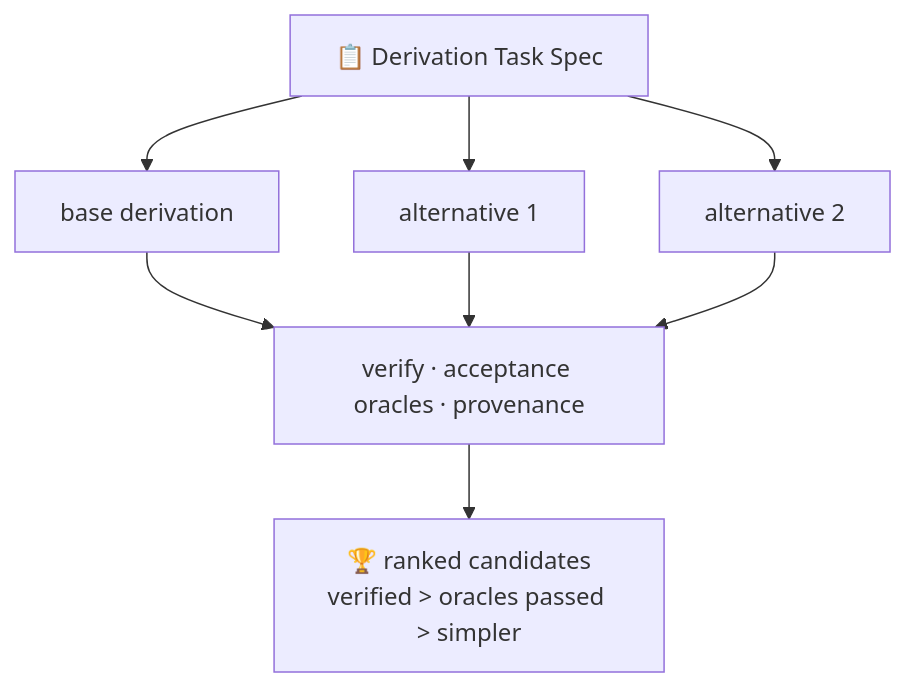
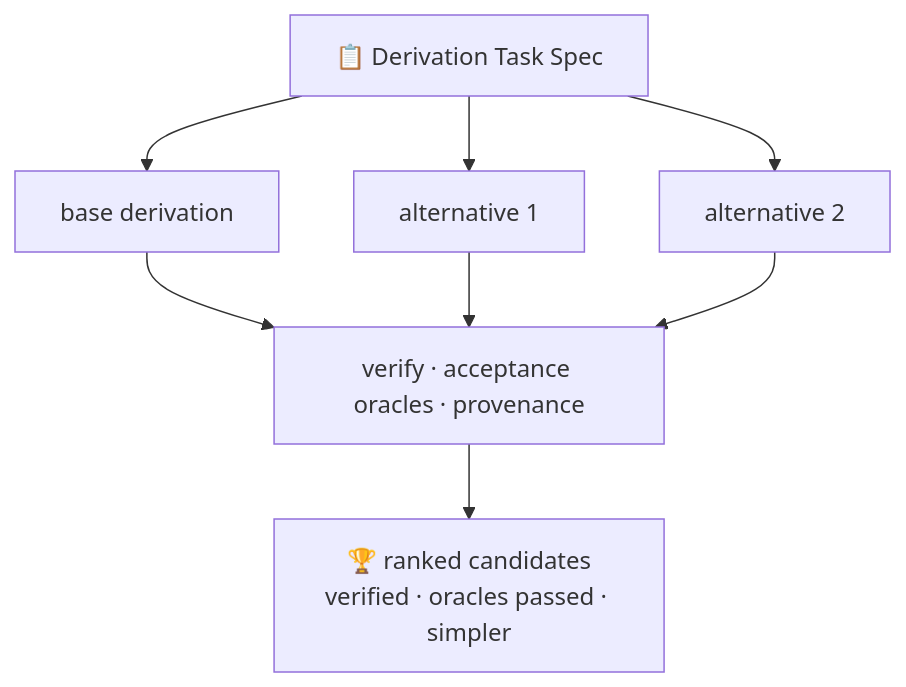
Before and after one commit to u9401066/nsforge-mcp: the fourth of 6 diagrams in README.md, drawn with Mermaid. The commit also changed other lines of this file and 2 other files, not shown here.

First line of the commit message:
docs(readme): fix hero badge spacing + harden Mermaid labels

````diff
--- a/README.md
+++ b/README.md
@@ -155,10 +155,10 @@
 ```mermaid
 flowchart TD
     DTS["📋 Derivation Task Spec"] --> BASE["base derivation"]
     DTS --> ALT1["alternative 1"]
     DTS --> ALT2["alternative 2"]
     BASE --> V["verify · acceptance oracles · provenance"]
     ALT1 --> V
     ALT2 --> V
-    V --> RANK["🏆 ranked candidates<br/>verified &gt; oracles passed &gt; simpler"]
+    V --> RANK["🏆 ranked candidates<br/>verified · oracles passed · simpler"]
 ```
````
